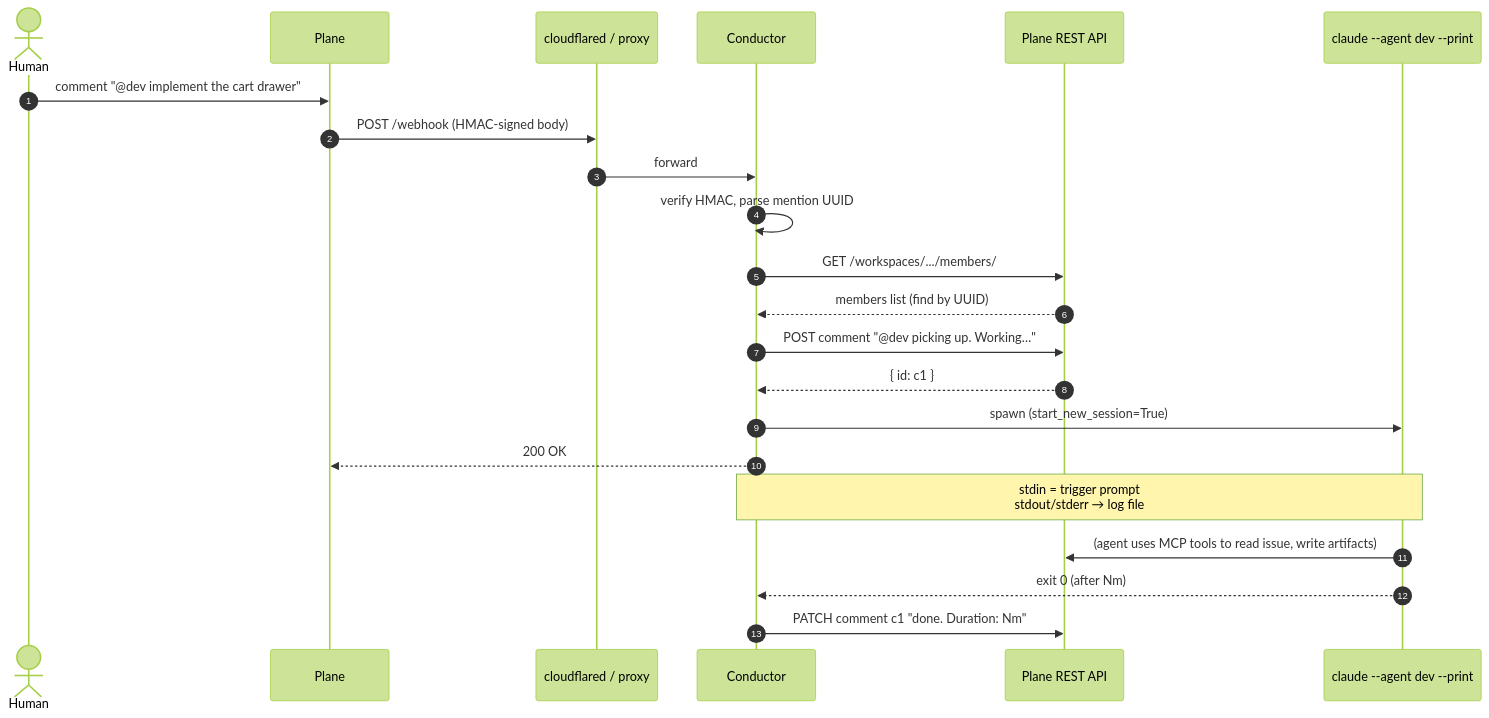
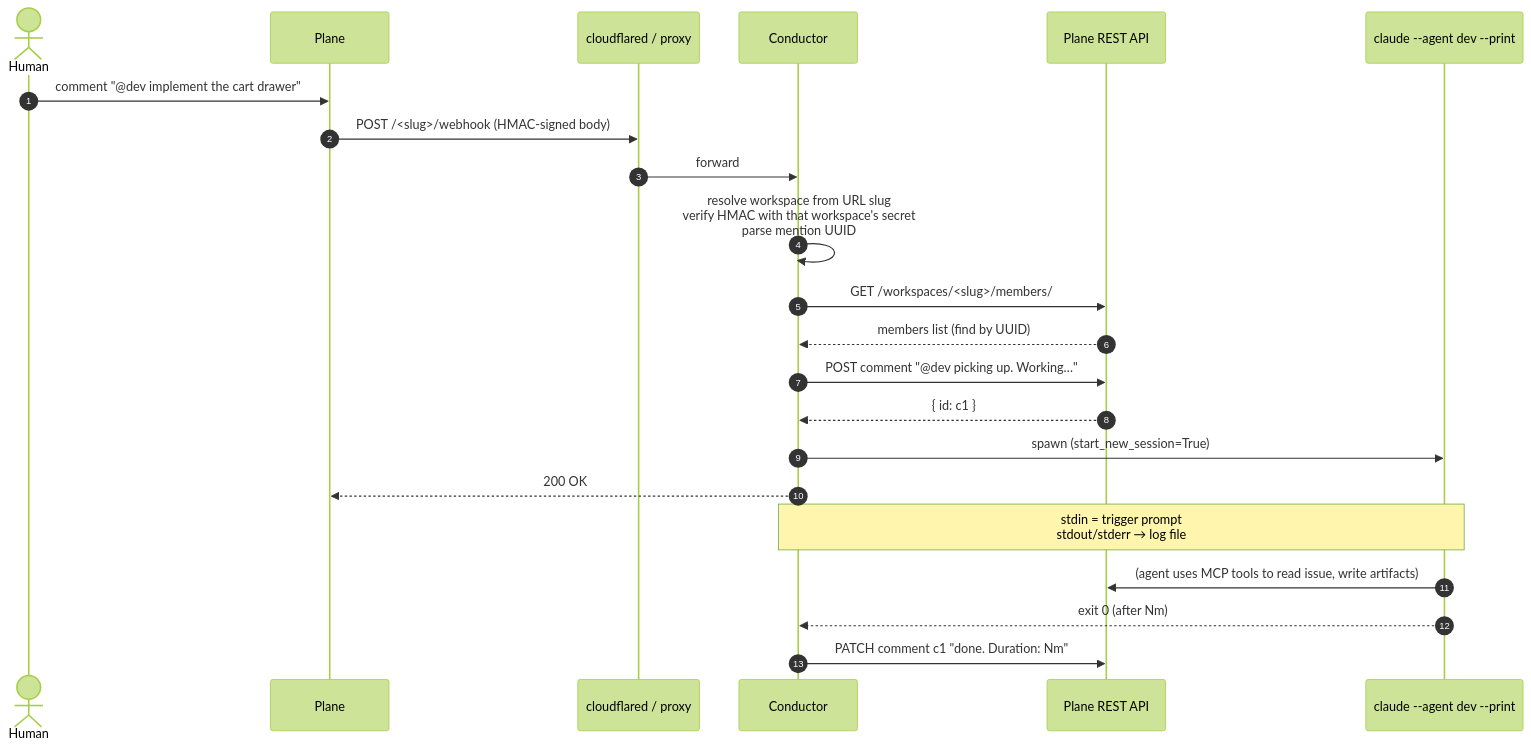
The first of 2 diagrams in docs/architecture.md (volodchenkov/plane-conductor), drawn with Mermaid (forest theme) before and after one commit. The commit also changed other lines of this file and 30 other files, not shown here.

````diff
--- a/docs/architecture.md
+++ b/docs/architecture.md
@@ -17,25 +22,25 @@
 ```mermaid
 sequenceDiagram
     autonumber
     actor Human
     participant Plane
     participant Tunnel as cloudflared / proxy
     participant Conductor
     participant PlaneAPI as Plane REST API
     participant Claude as claude --agent dev --print
 
     Human->>Plane: comment "@dev implement the cart drawer"
-    Plane->>Tunnel: POST /webhook (HMAC-signed body)
+    Plane->>Tunnel: POST /<slug>/webhook (HMAC-signed body)
     Tunnel->>Conductor: forward
-    Conductor->>Conductor: verify HMAC, parse mention UUID
-    Conductor->>PlaneAPI: GET /workspaces/.../members/
+    Conductor->>Conductor: resolve workspace from URL slug<br/>verify HMAC with that workspace's secret<br/>parse mention UUID
+    Conductor->>PlaneAPI: GET /workspaces/<slug>/members/
     PlaneAPI-->>Conductor: members list (find by UUID)
     Conductor->>PlaneAPI: POST comment "@dev picking up. Working…"
     PlaneAPI-->>Conductor: { id: c1 }
     Conductor->>Claude: spawn (start_new_session=True)
     Conductor-->>Plane: 200 OK
     Note over Conductor,Claude: stdin = trigger prompt<br/>stdout/stderr → log file
     Claude->>PlaneAPI: (agent uses MCP tools to read issue, write artifacts)
     Claude-->>Conductor: exit 0 (after Nm)
     Conductor->>PlaneAPI: PATCH comment c1 "done. Duration: Nm"
 ```
````
